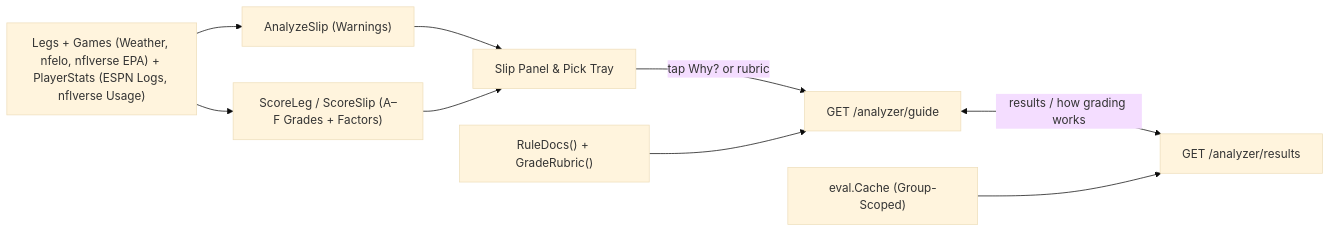
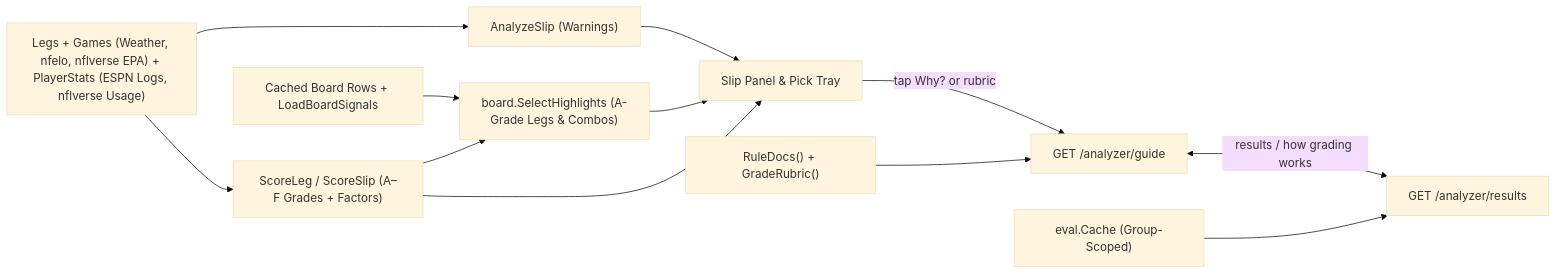
The diagram in docs/concepts/analyzer.md (kalverra/parlay-club), drawn with Mermaid (base theme) before and after one commit. The commit also changed other lines of this file and 5 other files, not shown here.

First line of the commit message:
Document A-grade highlights and batch leg route

````diff
--- a/docs/concepts/analyzer.md
+++ b/docs/concepts/analyzer.md
@@ -17,11 +17,14 @@
 ```mermaid
 flowchart LR
   Inputs["Legs + Games (Weather, nfelo, nflverse EPA) + PlayerStats (ESPN Logs, nflverse Usage)"] --> Rules["AnalyzeSlip (Warnings)"]
   Inputs --> Grades["ScoreLeg / ScoreSlip (A–F Grades + Factors)"]
+  Board["Cached Board Rows + LoadBoardSignals"] --> Highlights["board.SelectHighlights (A-Grade Legs & Combos)"]
+  Grades --> Highlights
   Rules --> UI["Slip Panel & Pick Tray"]
   Grades --> UI
+  Highlights --> UI
   UI -->|"tap Why? or rubric"| Guide["GET /analyzer/guide"]
   Guide <-->|"results / how grading works"| Results["GET /analyzer/results"]
   EngineDocs["RuleDocs() + GradeRubric()"] --> Guide
   Cache["eval.Cache (Group-Scoped)"] --> Results
 ```
````
